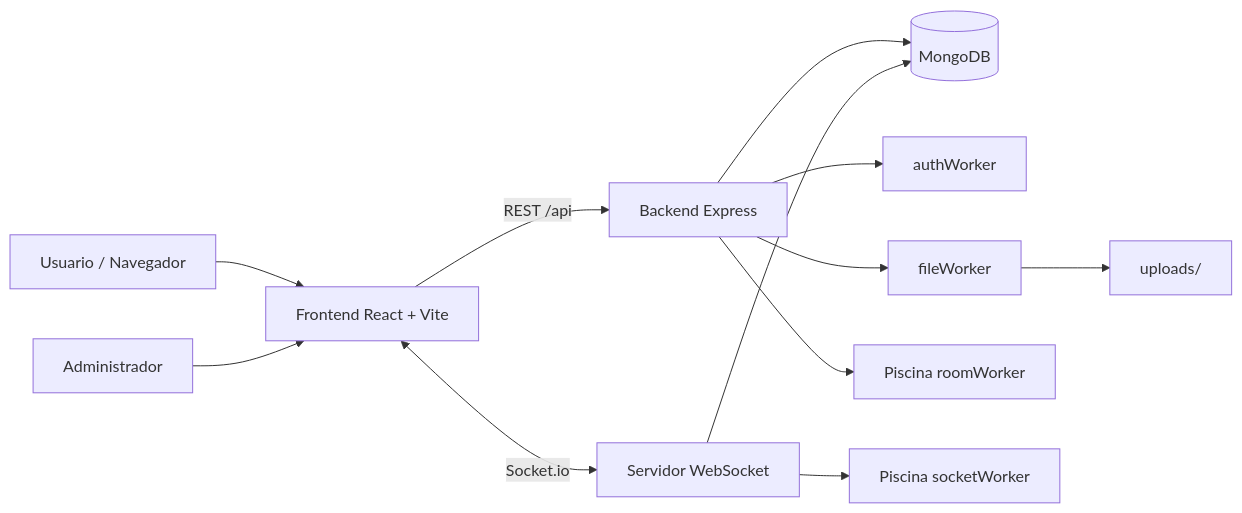
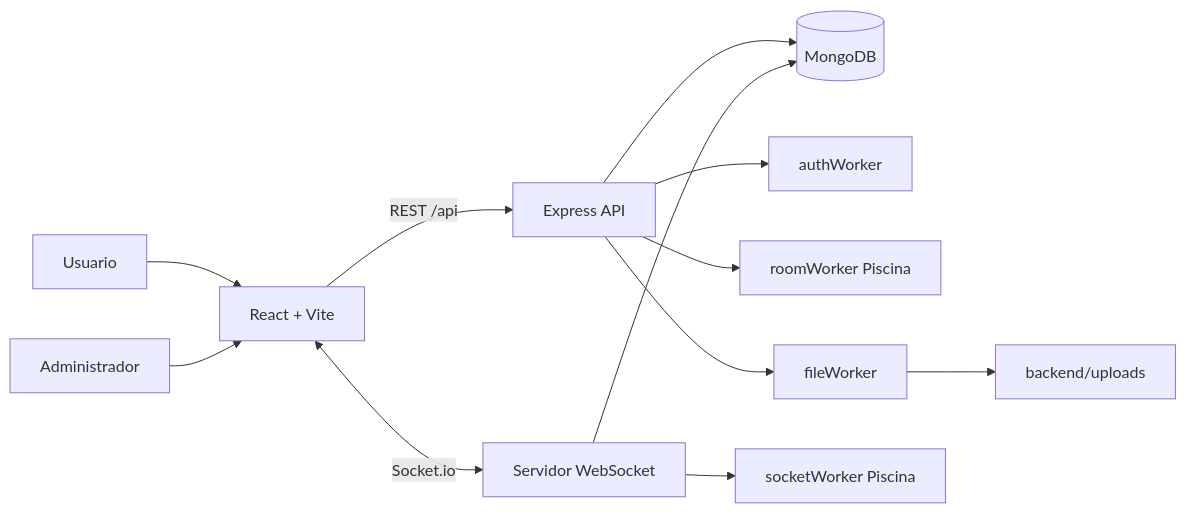
One commit to JulioViche/realtime-chat-websockets changed the first of 3 diagrams in README.md. Above: the diagram before and after it, drawn with Mermaid. The commit also changed other lines of this file, not shown here.

````diff
--- a/README.md
+++ b/README.md
@@ -78,18 +81,18 @@
 ```mermaid
 flowchart LR
-  U[Usuario / Navegador] --> F[Frontend React + Vite]
-  A[Administrador] --> F
+  User[Usuario] --> Frontend[React + Vite]
+  Admin[Administrador] --> Frontend
 
-  F -->|REST /api| B[Backend Express]
-  F <-->|Socket.io| S[Servidor WebSocket]
+  Frontend -->|REST /api| Express[Express API]
+  Frontend <-->|Socket.io| Socket[Servidor WebSocket]
 
-  B --> DB[(MongoDB)]
-  S --> DB
+  Express --> Mongo[(MongoDB)]
+  Socket --> Mongo
 
-  B --> AW[authWorker]
-  B --> FW[fileWorker]
-  B --> RP[Piscina roomWorker]
-  S --> SP[Piscina socketWorker]
+  Express --> AuthWorker[authWorker]
+  Express --> RoomWorker[roomWorker Piscina]
+  Express --> FileWorker[fileWorker]
+  Socket --> SocketWorker[socketWorker Piscina]
 
-  FW --> UP[uploads/]
+  FileWorker --> Uploads[backend/uploads]
 ```
````
